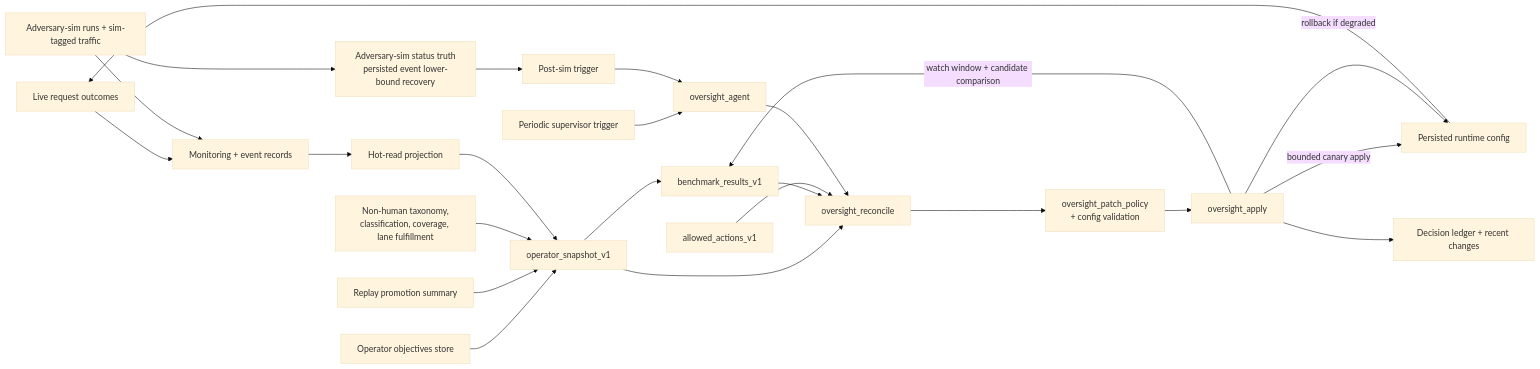
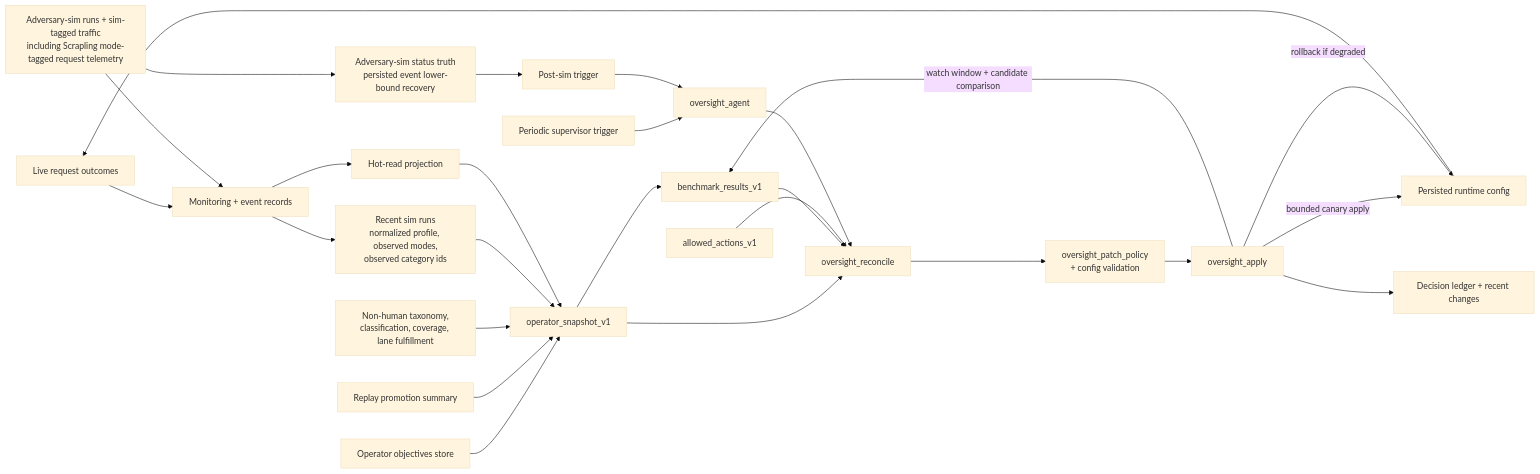
One commit to atomless/Shuma-Gorath changed the third of 3 diagrams in docs/current-system-architecture.md. Above: the diagram before and after it, drawn with Mermaid (base theme). The commit also changed 23 other files, not shown here.

Commit message:
feat: prove scrapling request-native coverage

````diff
--- a/docs/current-system-architecture.md
+++ b/docs/current-system-architecture.md
@@ -102,32 +102,34 @@
 ```mermaid
 flowchart LR
   Live["Live request outcomes"] --> Mon["Monitoring + event records"]
-  Sim["Adversary-sim runs + sim-tagged traffic"] --> Mon
+  Sim["Adversary-sim runs + sim-tagged traffic<br/>including Scrapling mode-tagged request telemetry"] --> Mon
   Sim --> SimStatus["Adversary-sim status truth<br/>persisted event lower-bound recovery"]
 
   Mon --> HotRead["Hot-read projection"]
+  Mon --> RecentRuns["Recent sim runs<br/>normalized profile, observed modes,<br/>observed category ids"]
   Objectives["Operator objectives store"] --> Snapshot["operator_snapshot_v1"]
   Replay["Replay promotion summary"] --> Snapshot
   Taxonomy["Non-human taxonomy,<br/>classification, coverage, lane fulfillment"] --> Snapshot
+  RecentRuns --> Snapshot
   HotRead --> Snapshot
 
   Snapshot --> Bench["benchmark_results_v1"]
   Snapshot --> Reconcile["oversight_reconcile"]
   Bench --> Reconcile
   Allowed["allowed_actions_v1"] --> Reconcile
 
   Periodic["Periodic supervisor trigger"] --> Agent["oversight_agent"]
   PostSim["Post-sim trigger"] --> Agent
   SimStatus --> PostSim
   Agent --> Reconcile
 
   Reconcile --> Patch["oversight_patch_policy<br/>+ config validation"]
   Patch --> Apply["oversight_apply"]
 
   Apply -->|"bounded canary apply"| ConfigState["Persisted runtime config"]
   Apply -->|"watch window + candidate comparison"| Bench
   Apply -->|"rollback if degraded"| ConfigState
 
   Apply --> Ledger["Decision ledger + recent changes"]
   ConfigState --> Live
 ```
````
